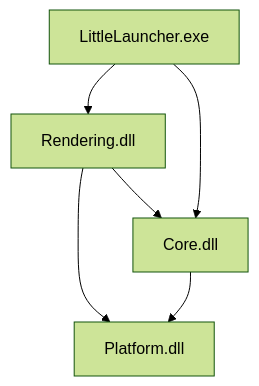
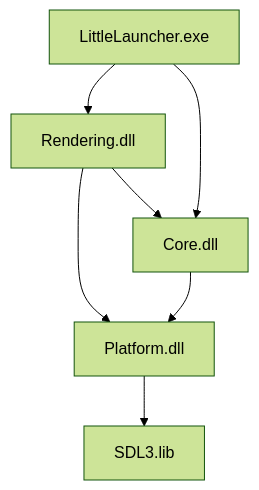
One commit to Haiito92/Workshop changed the sixth of 6 diagrams in content/en/devlogs/little-engine/first-shapes.md. Above: the diagram before and after it, drawn with Mermaid (forest theme). The commit also changed other lines of this file and 1 other file, not shown here.

```diff
--- a/content/en/devlogs/little-engine/first-shapes.md
+++ b/content/en/devlogs/little-engine/first-shapes.md
@@ -818,8 +821,9 @@
 {{< mermaid >}}
 graph TD;
 A[LittleLauncher.exe]-->B[Rendering.dll];
 B[Rendering.dll]-->C[Core.dll];
 A[LittleLauncher.exe]-->C[Core.dll];
 B[Rendering.dll]-->D[Platform.dll];
 C[Core.dll]-->D[Platform.dll];
+D[Platform.dll]-->E[SDL3.lib];
 {{< /mermaid >}}
```
